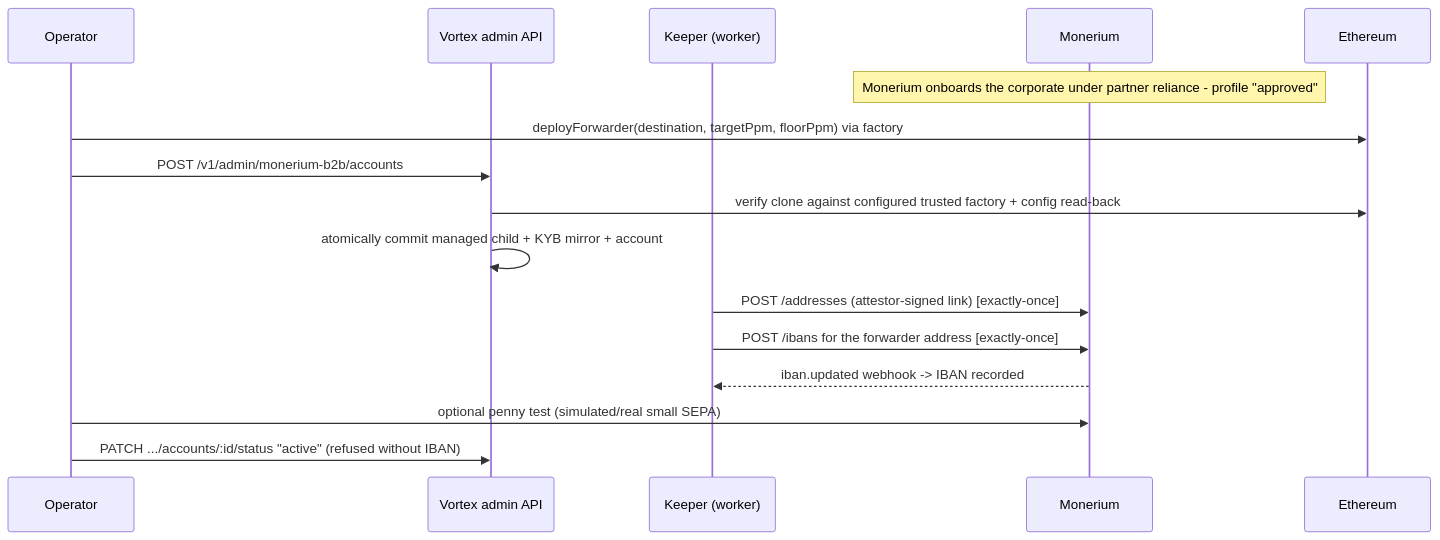
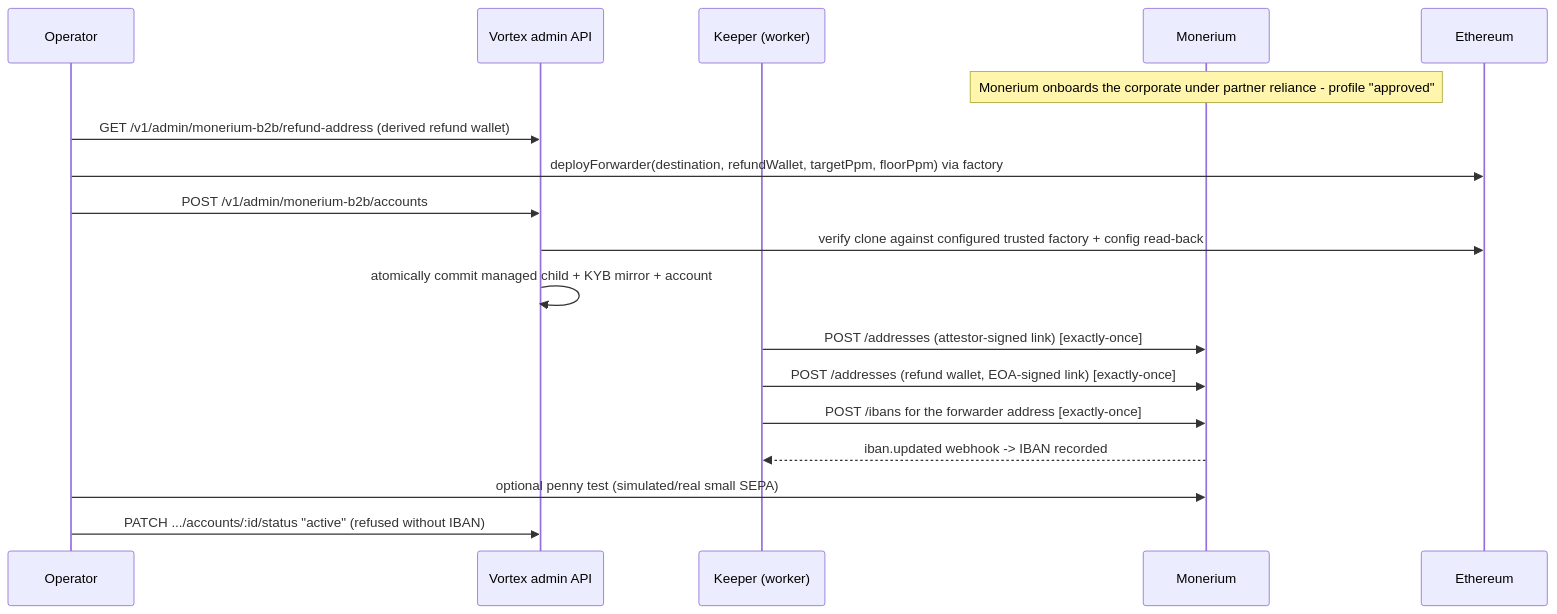
Before and after one commit to pendulum-chain/vortex: the second of 8 diagrams in docs/architecture-monerium-b2b-onramp.md, drawn with Mermaid. The commit also changed other lines of this file and 5 other files, not shown here.

````diff
--- a/docs/architecture-monerium-b2b-onramp.md
+++ b/docs/architecture-monerium-b2b-onramp.md
@@ -114,19 +114,21 @@
 ```mermaid
 sequenceDiagram
     participant Op as Operator
     participant Adm as Vortex admin API
     participant K as Keeper (worker)
     participant M as Monerium
     participant C as Ethereum
 
     Note over M: Monerium onboards the corporate under partner reliance - profile "approved"
-    Op->>C: deployForwarder(destination, targetPpm, floorPpm) via factory
+    Op->>Adm: GET /v1/admin/monerium-b2b/refund-address (derived refund wallet)
+    Op->>C: deployForwarder(destination, refundWallet, targetPpm, floorPpm) via factory
     Op->>Adm: POST /v1/admin/monerium-b2b/accounts
     Adm->>C: verify clone against configured trusted factory + config read-back
     Adm->>Adm: atomically commit managed child + KYB mirror + account
     K->>M: POST /addresses (attestor-signed link)  [exactly-once]
+    K->>M: POST /addresses (refund wallet, EOA-signed link)  [exactly-once]
     K->>M: POST /ibans for the forwarder address   [exactly-once]
     M-->>K: iban.updated webhook -> IBAN recorded
     Op->>M: optional penny test (simulated/real small SEPA)
     Op->>Adm: PATCH .../accounts/:id/status "active" (refused without IBAN)
 ```
````
